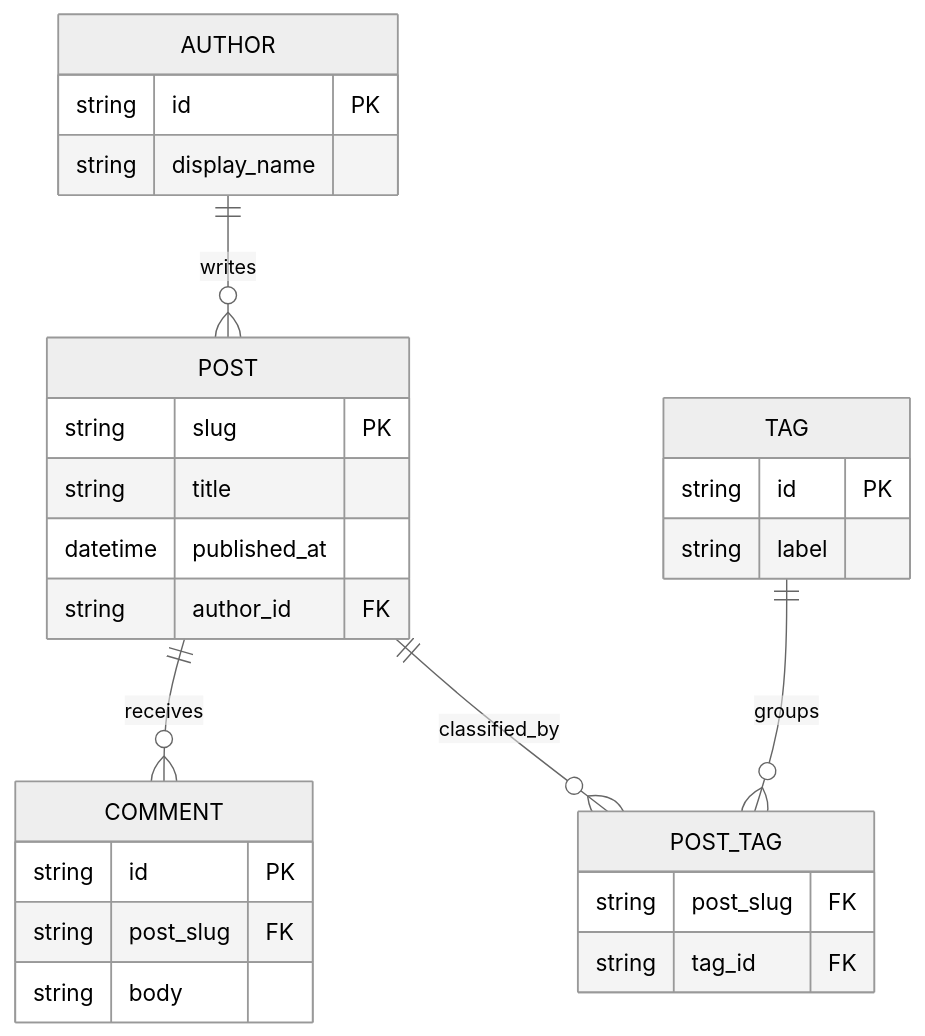
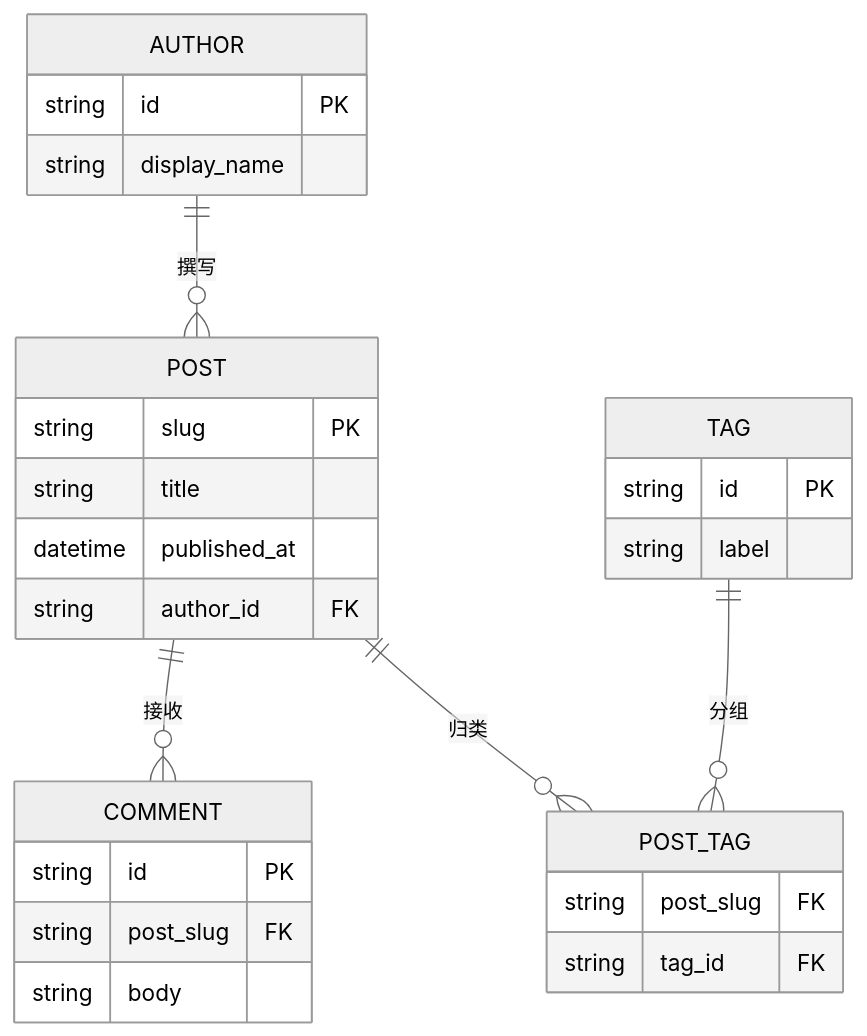
Before and after one commit to Dawn6666666/Shirone: the third of 14 diagrams in src/content/posts/markdown-mermaid.md, drawn with Mermaid (neutral theme). The commit also changed other lines of this file and 28 other files, not shown here.

Commit message:
docs(content): translate demo posts and moments to chinese

````diff
--- a/src/content/posts/markdown-mermaid.md
+++ b/src/content/posts/markdown-mermaid.md
@@ -54,32 +54,32 @@
 ```mermaid
 erDiagram
-    accTitle: Blog content relationships
-    accDescr: Authors write posts, posts receive comments, and join records connect posts to multiple tags.
-    AUTHOR ||--o{ POST : writes
-    POST ||--o{ COMMENT : receives
-    POST ||--o{ POST_TAG : classified_by
-    TAG ||--o{ POST_TAG : groups
+    accTitle: 博客内容实体关系
+    accDescr: 作者撰写文章，文章接收评论，关联表将文章连接到多个标签。
+    AUTHOR ||--o{ POST : 撰写
+    POST ||--o{ COMMENT : 接收
+    POST ||--o{ POST_TAG : 归类
+    TAG ||--o{ POST_TAG : 分组
     AUTHOR {
         string id PK
         string display_name
     }
     POST {
         string slug PK
         string title
         datetime published_at
         string author_id FK
     }
     COMMENT {
         string id PK
         string post_slug FK
         string body
     }
     TAG {
         string id PK
         string label
     }
     POST_TAG {
         string post_slug FK
         string tag_id FK
     }
 ```
````
